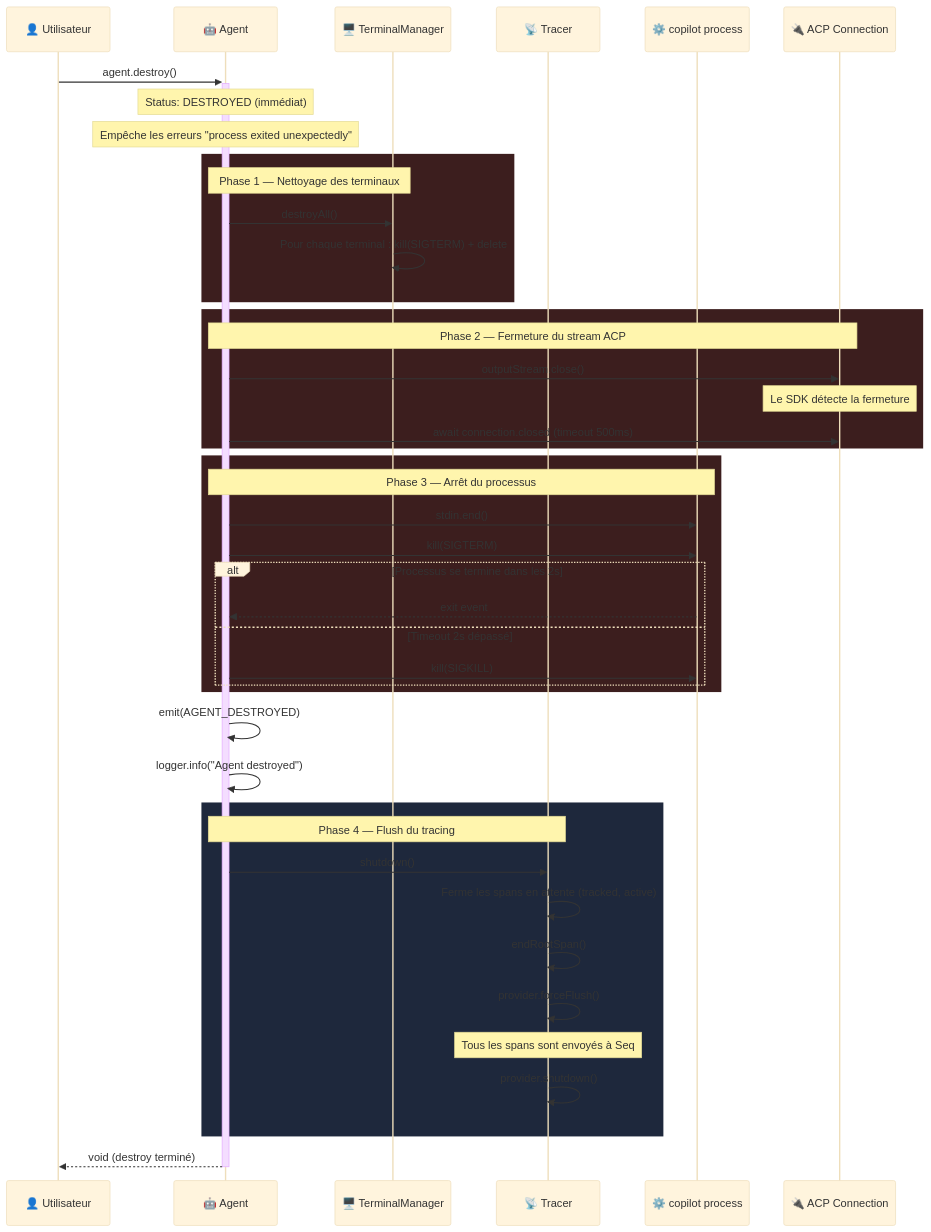
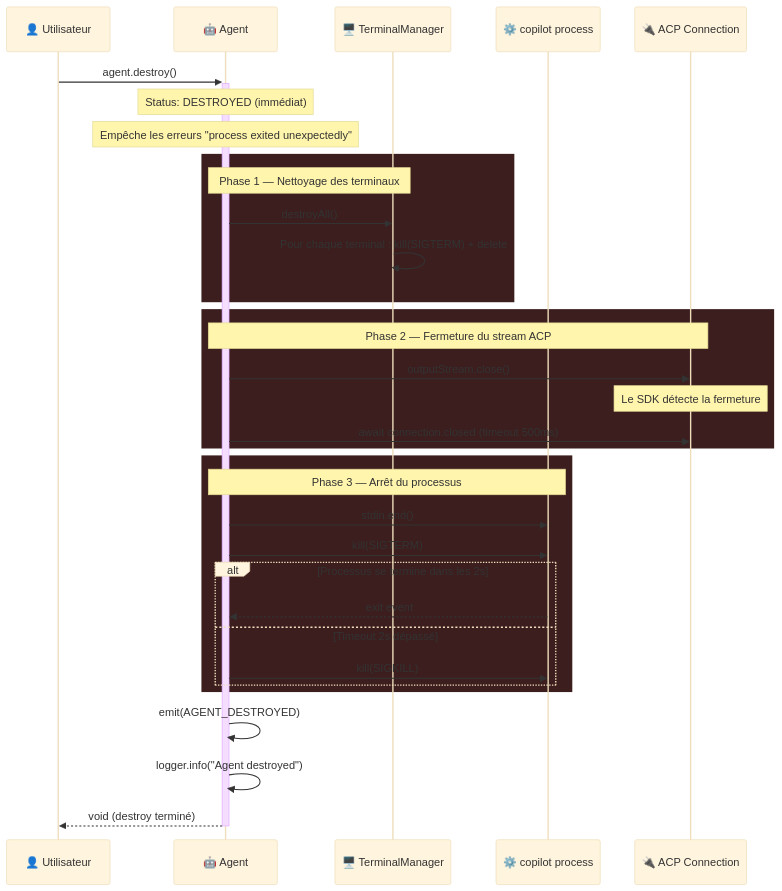
Before and after one commit to atinseau/stark: the ninth of 9 diagrams in docs/architecture/sequences.md, drawn with Mermaid (base theme). The commit also changed other lines of this file and 13 other files, not shown here.

````diff
--- a/docs/architecture/sequences.md
+++ b/docs/architecture/sequences.md
@@ -461,57 +406,44 @@
 ```mermaid
 sequenceDiagram
     participant U as 👤 Utilisateur
     participant A as 🤖 Agent
     participant TM as 🖥️ TerminalManager
-    participant T as 📡 Tracer
     participant PROC as ⚙️ copilot process
     participant CONN as 🔌 ACP Connection
 
     U->>+A: agent.destroy()
 
     Note over A: Status: DESTROYED (immédiat)
     Note over A: Empêche les erreurs "process exited unexpectedly"
 
     rect rgb(60, 30, 30)
         Note over A,TM: Phase 1 — Nettoyage des terminaux
         A->>TM: destroyAll()
         TM->>TM: Pour chaque terminal : kill(SIGTERM) + delete
     end
 
     rect rgb(60, 30, 30)
         Note over A,CONN: Phase 2 — Fermeture du stream ACP
         A->>CONN: outputStream.close()
         Note over CONN: Le SDK détecte la fermeture
 
         A->>CONN: await connection.closed (timeout 500ms)
     end
 
     rect rgb(60, 30, 30)
         Note over A,PROC: Phase 3 — Arrêt du processus
         A->>PROC: stdin.end()
         A->>PROC: kill(SIGTERM)
 
         alt Processus se termine dans les 2s
             PROC-->>A: exit event
         else Timeout 2s dépassé
             A->>PROC: kill(SIGKILL)
         end
     end
 
     A->>A: emit(AGENT_DESTROYED)
     A->>A: logger.info("Agent destroyed")
 
-    rect rgb(30, 40, 60)
-        Note over A,T: Phase 4 — Flush du tracing
-        A->>T: shutdown()
-
-        T->>T: Ferme les spans en attente (tracked, active)
-        T->>T: endRootSpan()
-        T->>T: provider.forceFlush()
-        Note over T: Tous les spans sont envoyés à Seq
-
-        T->>T: provider.shutdown()
-    end
-
     A-->>-U: void (destroy terminé)
 ```
````
